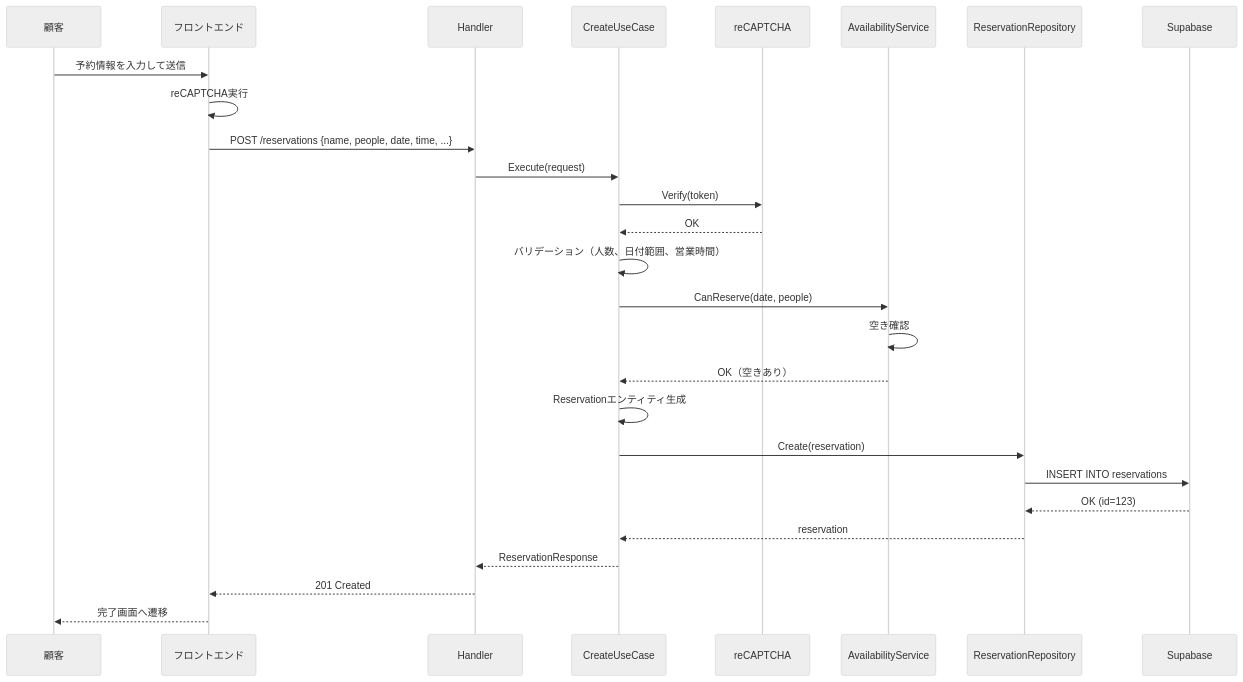
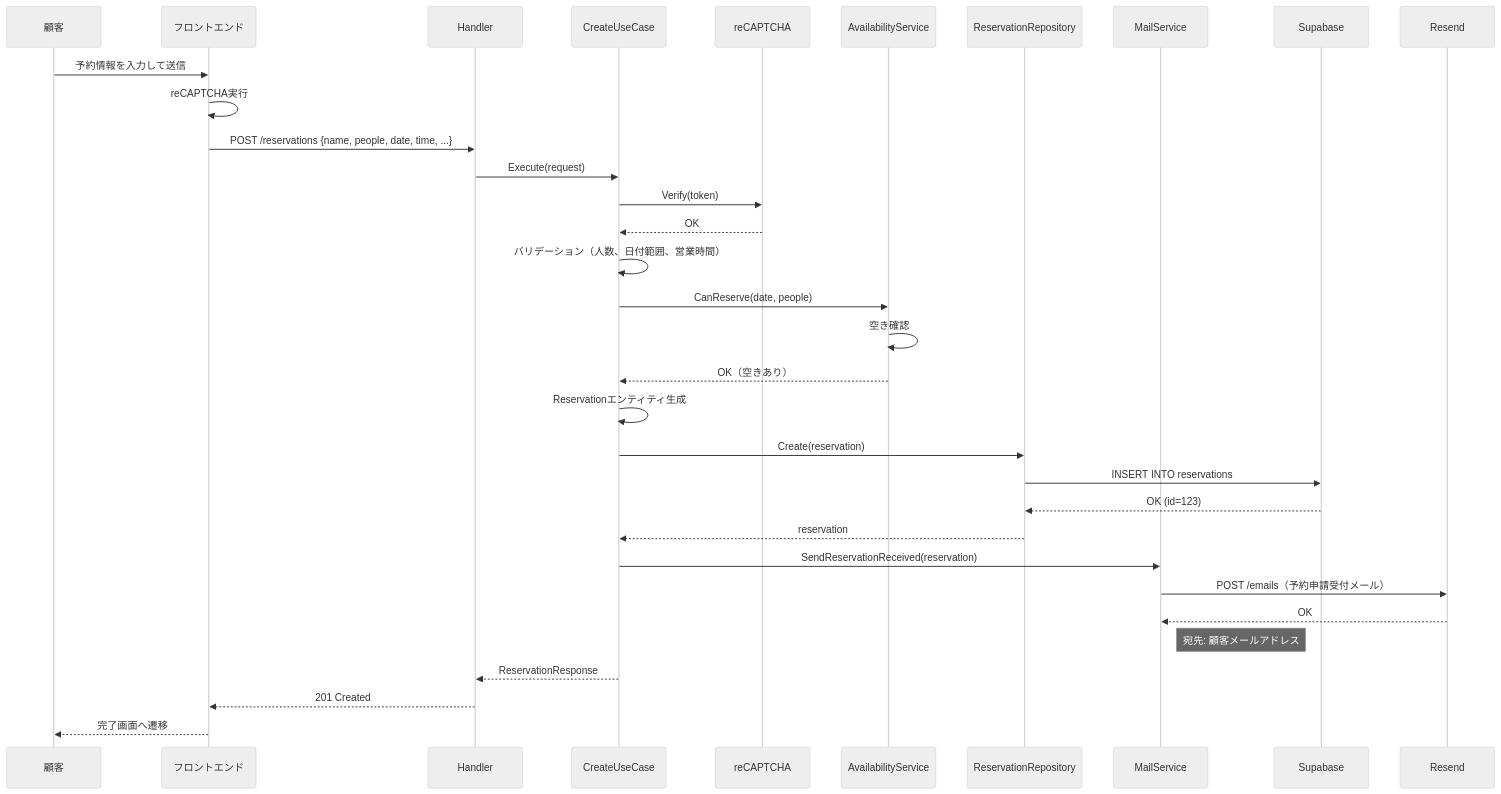
The second of 11 diagrams in docs/sequence.md (cergijame101007/satehits), drawn with Mermaid (neutral theme) before and after one commit. The commit also changed other lines of this file and 1 other file, not shown here.

First line of the commit message:
docs: メール通知のユースケース・シーケンス図を追加

````diff
--- a/docs/sequence.md
+++ b/docs/sequence.md
@@ -44,36 +44,43 @@
 ```mermaid
 sequenceDiagram
     participant Customer as 顧客
     participant Frontend as フロントエンド
     participant Handler as Handler
     participant UseCase as CreateUseCase
     participant ReCaptcha as reCAPTCHA
     participant AvailService as AvailabilityService
     participant ReservationRepo as ReservationRepository
+    participant MailService as MailService
     participant DB as Supabase
+    participant Resend as Resend
 
     Customer->>Frontend: 予約情報を入力して送信
     Frontend->>Frontend: reCAPTCHA実行
     Frontend->>Handler: POST /reservations {name, people, date, time, ...}
     
     Handler->>UseCase: Execute(request)
     
     UseCase->>ReCaptcha: Verify(token)
     ReCaptcha-->>UseCase: OK
     
     UseCase->>UseCase: バリデーション（人数、日付範囲、営業時間）
     
     UseCase->>AvailService: CanReserve(date, people)
     AvailService->>AvailService: 空き確認
     AvailService-->>UseCase: OK（空きあり）
     
     UseCase->>UseCase: Reservationエンティティ生成
     UseCase->>ReservationRepo: Create(reservation)
     ReservationRepo->>DB: INSERT INTO reservations
     DB-->>ReservationRepo: OK (id=123)
     ReservationRepo-->>UseCase: reservation
     
+    UseCase->>MailService: SendReservationReceived(reservation)
+    MailService->>Resend: POST /emails（予約申請受付メール）
+    Resend-->>MailService: OK
+    Note right of MailService: 宛先: 顧客メールアドレス
+    
     UseCase-->>Handler: ReservationResponse
     Handler-->>Frontend: 201 Created
     Frontend-->>Customer: 完了画面へ遷移
 ```
````
